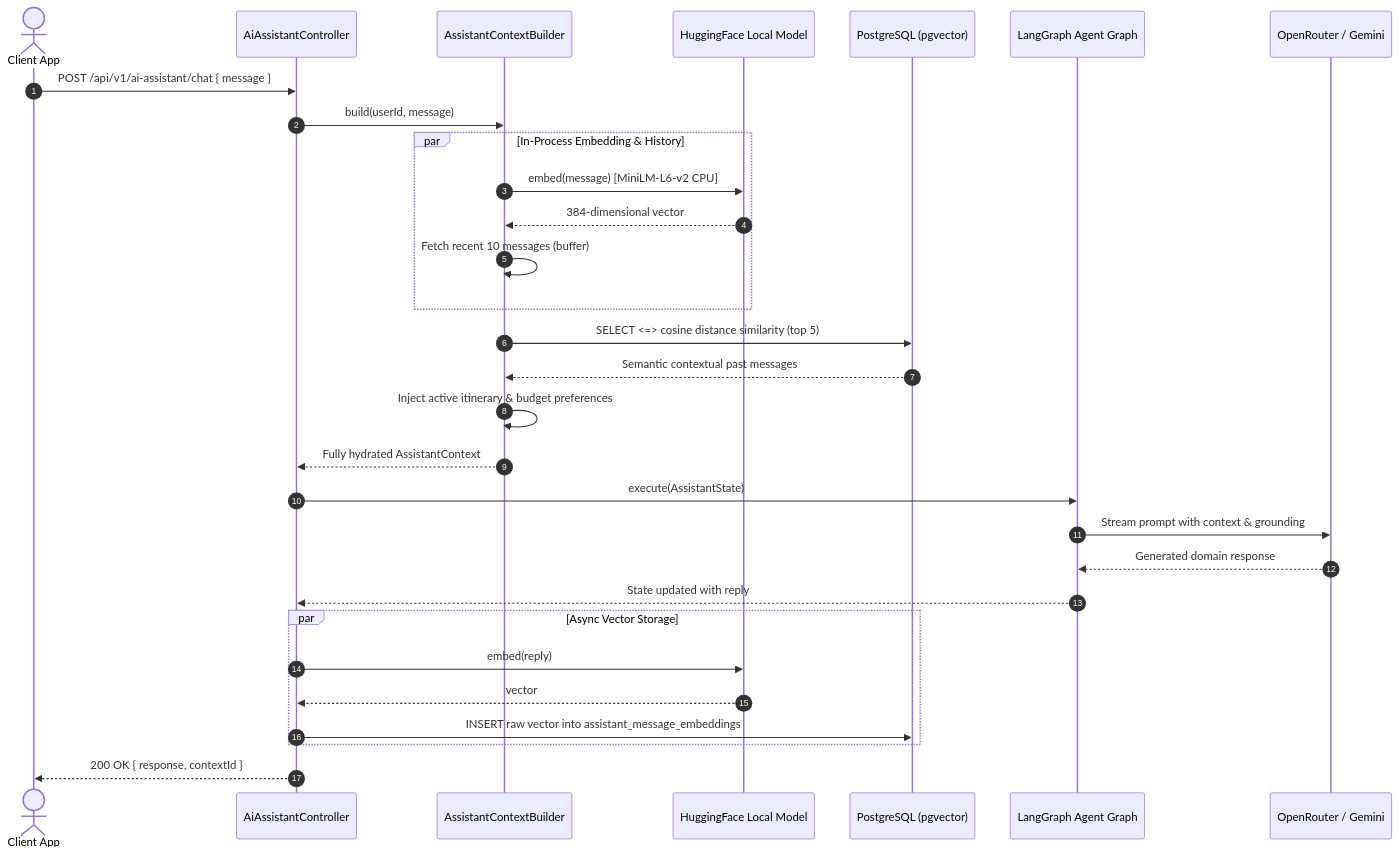
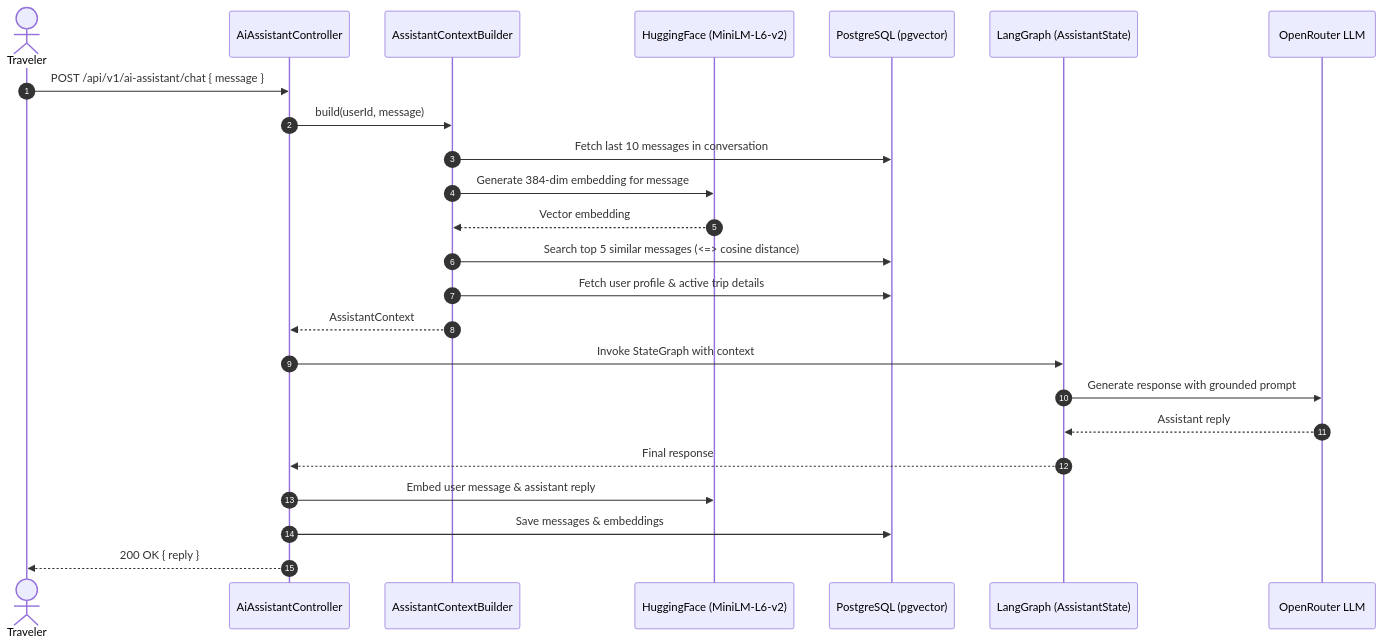
Before and after one commit to Nasif284/Voymate-Server: the second of 5 diagrams in README.md, drawn with Mermaid. The commit also changed other lines of this file, not shown here.

````diff
--- a/README.md
+++ b/README.md
@@ -158,38 +127,27 @@
 ```mermaid
 sequenceDiagram
     autonumber
-    actor Traveler as Client App
+    actor User as Traveler
     participant Controller as AiAssistantController
-    participant ContextBuilder as AssistantContextBuilder
-    participant HF as HuggingFace Local Model
-    participant pgvector as PostgreSQL (pgvector)
-    participant LangGraph as LangGraph Agent Graph
-    participant LLM as OpenRouter / Gemini
+    participant Builder as AssistantContextBuilder
+    participant HF as HuggingFace (MiniLM-L6-v2)
+    participant DB as PostgreSQL (pgvector)
+    participant Graph as LangGraph (AssistantState)
+    participant LLM as OpenRouter LLM
 
-    Traveler->>Controller: POST /api/v1/ai-assistant/chat { message }
-    Controller->>ContextBuilder: build(userId, message)
-
-    par In-Process Embedding & History
-        ContextBuilder->>HF: embed(message) [MiniLM-L6-v2 CPU]
-        HF-->>ContextBuilder: 384-dimensional vector
-        ContextBuilder->>ContextBuilder: Fetch recent 10 messages (buffer)
-    end
-
-    ContextBuilder->>pgvector: SELECT <=> cosine distance similarity (top 5)
-    pgvector-->>ContextBuilder: Semantic contextual past messages
-    ContextBuilder->>ContextBuilder: Inject active itinerary & budget preferences
-    ContextBuilder-->>Controller: Fully hydrated AssistantContext
-
-    Controller->>LangGraph: execute(AssistantState)
-    LangGraph->>LLM: Stream prompt with context & grounding
-    LLM-->>LangGraph: Generated domain response
-    LangGraph-->>Controller: State updated with reply
-
-    par Async Vector Storage
-        Controller->>HF: embed(reply)
-        HF-->>Controller: vector
-        Controller->>pgvector: INSERT raw vector into assistant_message_embeddings
-    end
-
-    Controller-->>Traveler: 200 OK { response, contextId }
+    User->>Controller: POST /api/v1/ai-assistant/chat { message }
+    Controller->>Builder: build(userId, message)
+    Builder->>DB: Fetch last 10 messages in conversation
+    Builder->>HF: Generate 384-dim embedding for message
+    HF-->>Builder: Vector embedding
+    Builder->>DB: Search top 5 similar messages (<=> cosine distance)
+    Builder->>DB: Fetch user profile & active trip details
+    Builder-->>Controller: AssistantContext
+    Controller->>Graph: Invoke StateGraph with context
+    Graph->>LLM: Generate response with grounded prompt
+    LLM-->>Graph: Assistant reply
+    Graph-->>Controller: Final response
+    Controller->>HF: Embed user message & assistant reply
+    Controller->>DB: Save messages & embeddings
+    Controller-->>User: 200 OK { reply }
 ```
````
